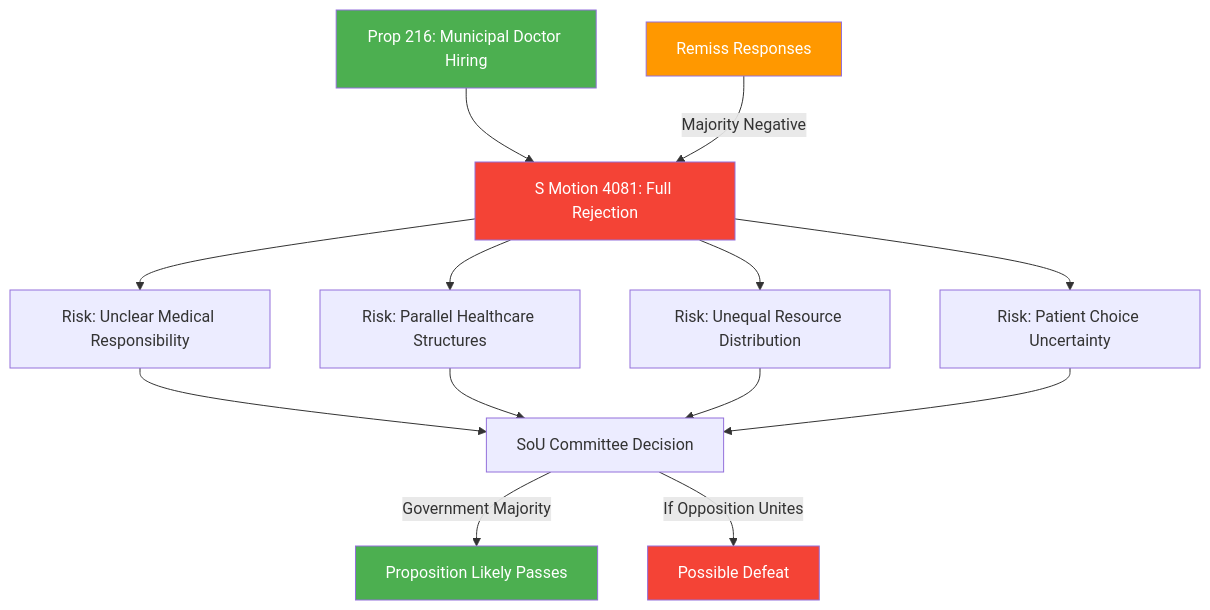
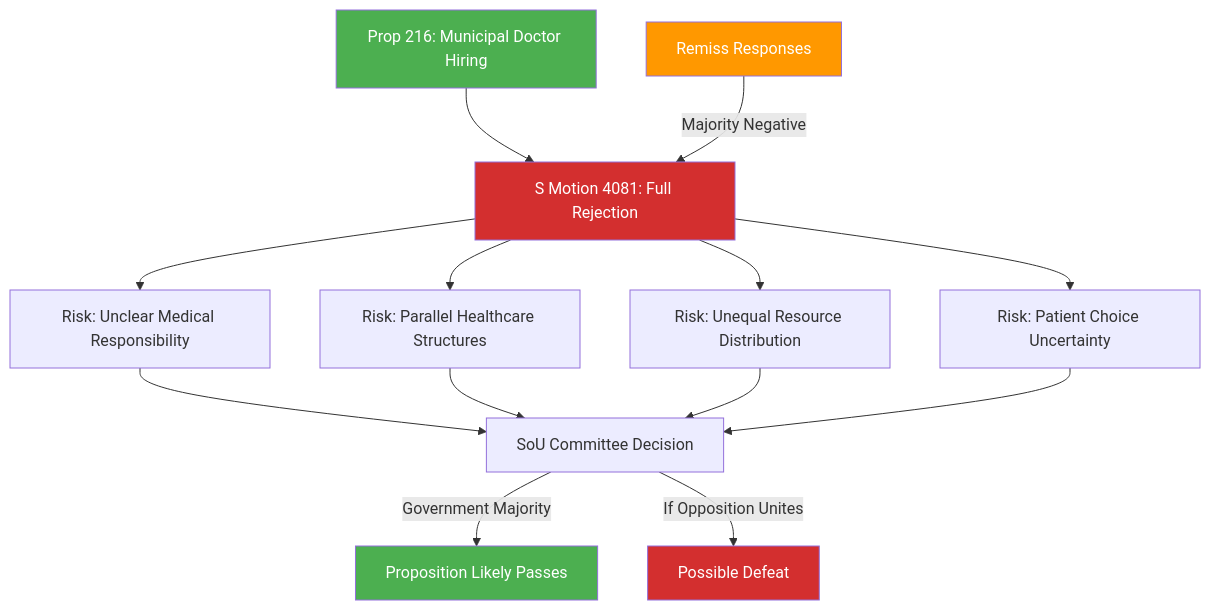
The diagram in analysis/daily/2026-04-15/realtime-1029/documents/hd024081-analysis.md (Hack23/riksdagsmonitor), drawn with Mermaid before and after one commit. The commit also changed 785 other files, not shown here.

First line of the commit message:
Normalize mermaid colors across 786 analysis artifacts to ISMS Style Guide palette

````diff
--- a/analysis/daily/2026-04-15/realtime-1029/documents/hd024081-analysis.md
+++ b/analysis/daily/2026-04-15/realtime-1029/documents/hd024081-analysis.md
@@ -43,25 +43,25 @@
 ```mermaid
 graph TD
     A["Prop 216: Municipal Doctor Hiring"] --> B["S Motion 4081: Full Rejection"]
     
     C["Remiss Responses"] -->|Majority Negative| B
     
     B --> D["Risk: Unclear Medical Responsibility"]
     B --> E["Risk: Parallel Healthcare Structures"]
     B --> F["Risk: Unequal Resource Distribution"]
     B --> G["Risk: Patient Choice Uncertainty"]
     
     D --> H["SoU Committee Decision"]
     E --> H
     F --> H
     G --> H
     
     H -->|Government Majority| I["Proposition Likely Passes"]
     H -->|If Opposition Unites| J["Possible Defeat"]
     
-    style A fill:#4CAF50,color:#fff
-    style B fill:#f44336,color:#fff
-    style C fill:#FF9800,color:#fff
-    style I fill:#4CAF50,color:#fff
-    style J fill:#f44336,color:#fff
+    style A fill:#4CAF50,color:#FFFFFF
+    style B fill:#D32F2F,color:#FFFFFF
+    style C fill:#FF9800,color:#FFFFFF
+    style I fill:#4CAF50,color:#FFFFFF
+    style J fill:#D32F2F,color:#FFFFFF
 ```
````
